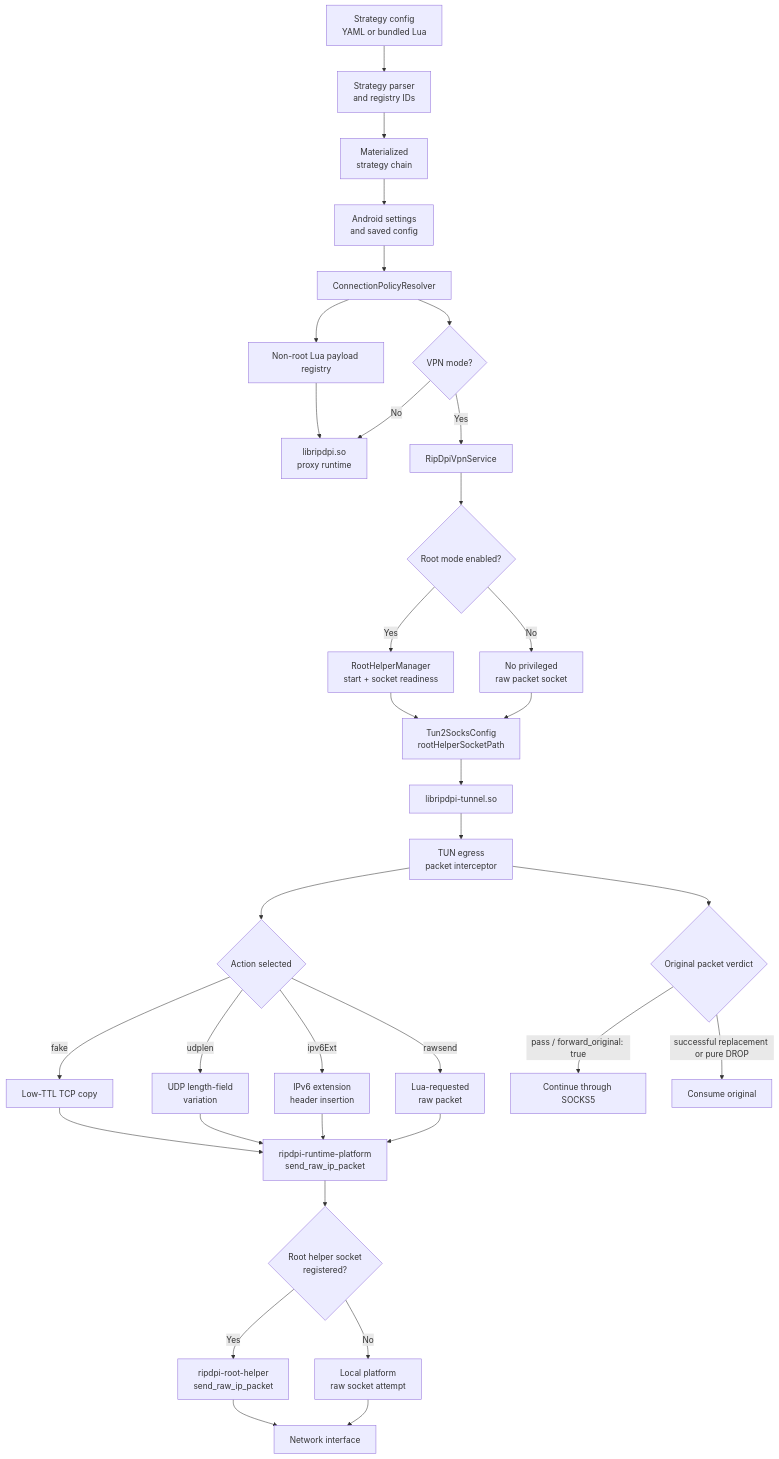
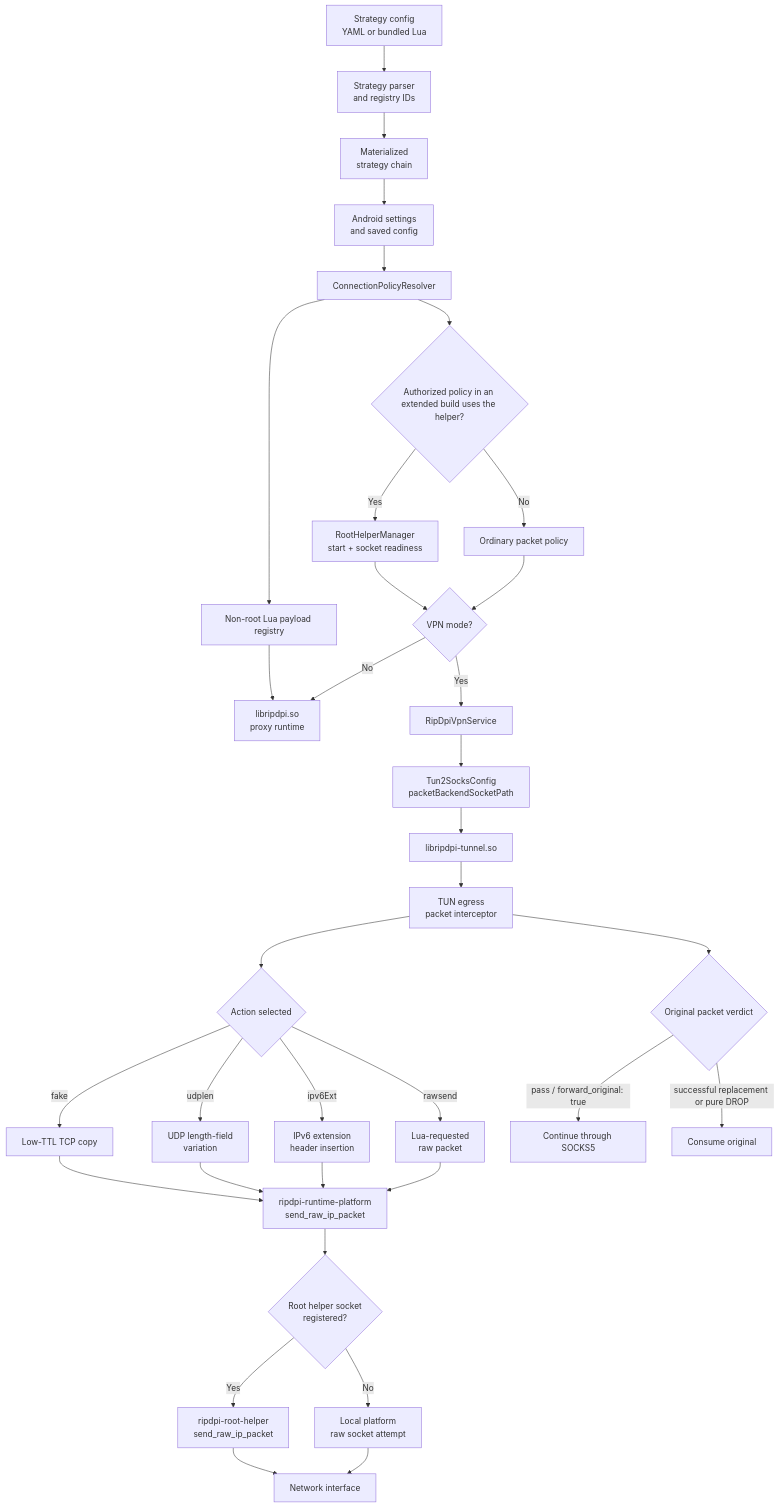
The first of 3 diagrams in docs/packet-strategy-runtime.md (po4yka/RIPDPI), drawn with Mermaid before and after one commit. The commit also changed other lines of this file and 18 other files, not shown here.

Commit message:
docs(android): explain root mode and packet capture

````diff
--- a/docs/packet-strategy-runtime.md
+++ b/docs/packet-strategy-runtime.md
@@ -23,32 +23,32 @@
 ```mermaid
 flowchart TD
     A["Strategy config\nYAML or bundled Lua"] --> B["Strategy parser\nand registry IDs"]
     B --> C["Materialized\nstrategy chain"]
     C --> D["Android settings\nand saved config"]
     D --> E["ConnectionPolicyResolver"]
     E --> LP["Non-root Lua payload registry"]
     LP --> G
-    E --> F{"VPN mode?"}
+    E --> I{"Authorized policy in an extended build uses the helper?"}
+    I -- Yes --> J["RootHelperManager\nstart + socket readiness"]
+    I -- No --> K["Ordinary packet policy"]
+    J --> F{"VPN mode?"}
+    K --> F
     F -- No --> G["libripdpi.so\nproxy runtime"]
     F -- Yes --> H["RipDpiVpnService"]
-    H --> I{"Root mode enabled?"}
-    I -- Yes --> J["RootHelperManager\nstart + socket readiness"]
-    I -- No --> K["No privileged\nraw packet socket"]
-    J --> L["Tun2SocksConfig\nrootHelperSocketPath"]
-    K --> L
+    H --> L["Tun2SocksConfig\npacketBackendSocketPath"]
     L --> M["libripdpi-tunnel.so"]
     M --> N["TUN egress\npacket interceptor"]
     N --> O{"Action selected"}
     O -- fake --> P["Low-TTL TCP copy"]
     O -- udplen --> Q["UDP length-field\nvariation"]
     O -- ipv6Ext --> R["IPv6 extension\nheader insertion"]
     O -- rawsend --> S["Lua-requested\nraw packet"]
     P & Q & R & S --> T["ripdpi-runtime-platform\nsend_raw_ip_packet"]
     T --> U{"Root helper socket\nregistered?"}
     U -- Yes --> V["ripdpi-root-helper\nsend_raw_ip_packet"]
     U -- No --> W["Local platform\nraw socket attempt"]
     V & W --> X["Network interface"]
     N --> Y{"Original packet verdict"}
     Y -- "pass / forward_original: true" --> Z["Continue through SOCKS5"]
     Y -- "successful replacement or pure DROP" --> AA["Consume original"]
 ```
````
